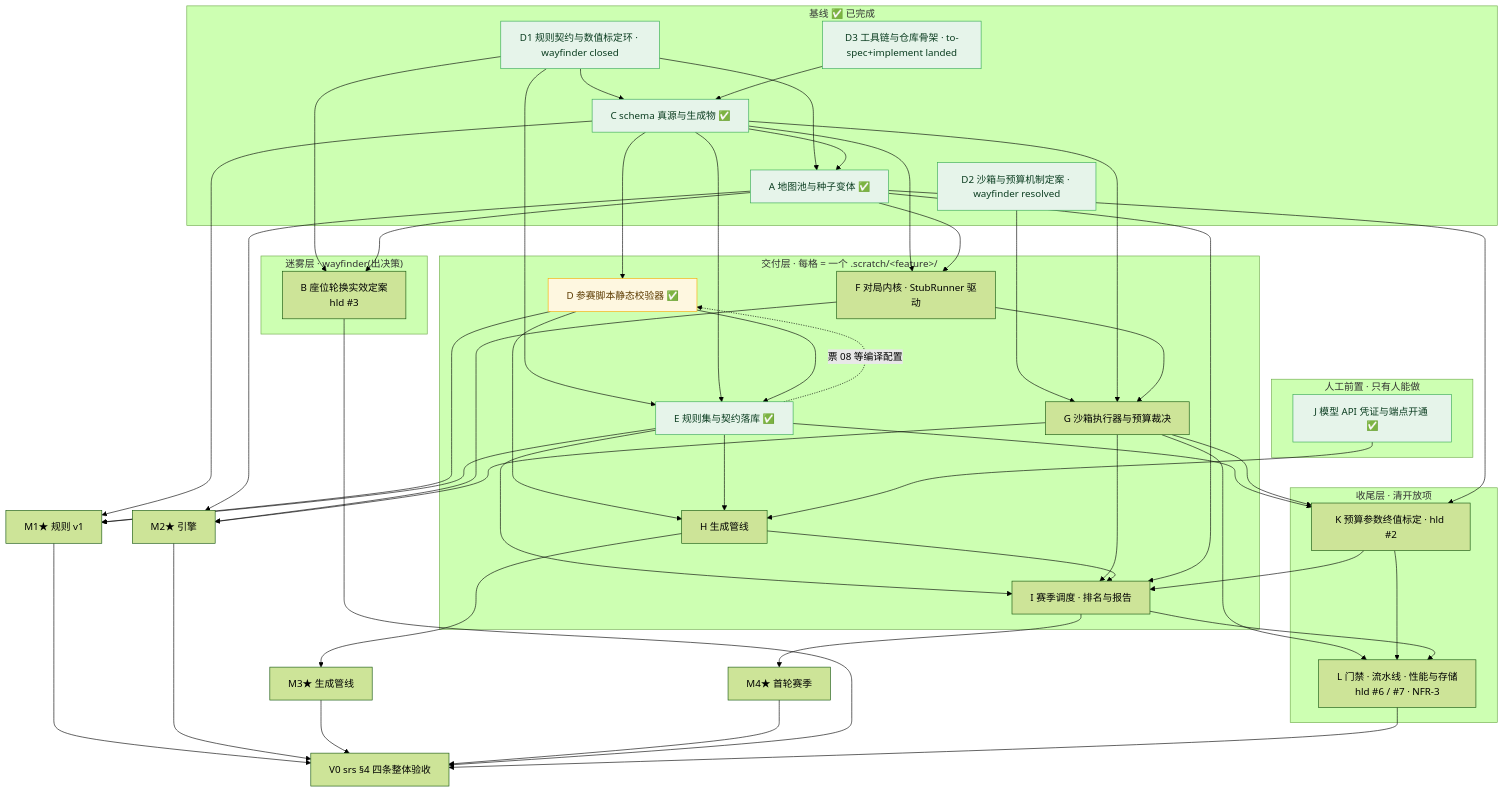
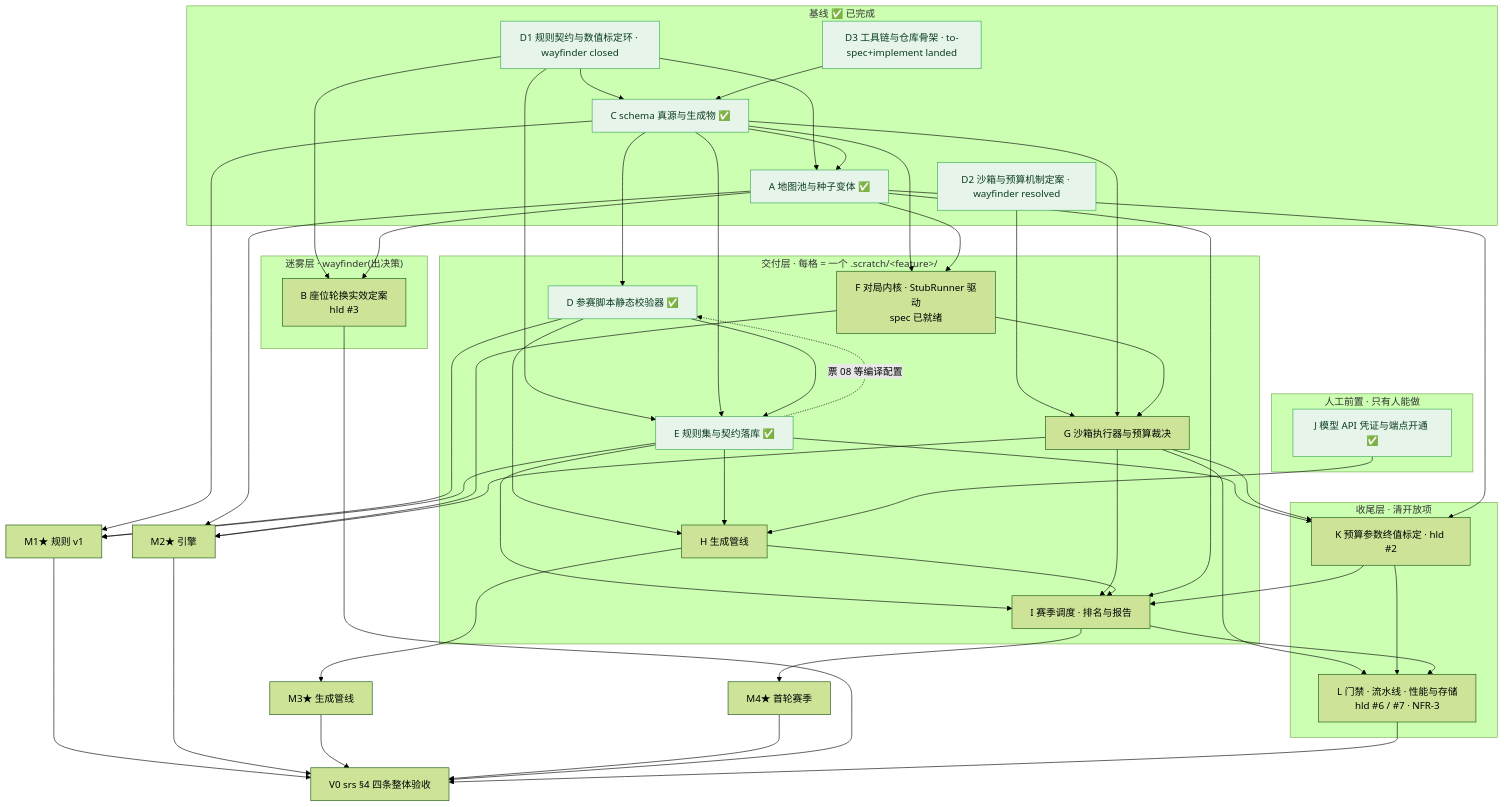
One commit to orionpax1997/model-war changed the diagram in docs/diagrams/v0-milestone-dag.md. Above: the diagram before and after it, drawn with Mermaid (forest theme). The commit also changed other lines of this file and 16 other files, not shown here.

````diff
--- a/docs/diagrams/v0-milestone-dag.md
+++ b/docs/diagrams/v0-milestone-dag.md
@@ -67,7 +67,7 @@
   subgraph build["交付层 · 每格 = 一个 .scratch/&lt;feature&gt;/"]
     D["D 参赛脚本静态校验器 ✅"]
     E["E 规则集与契约落库 ✅"]
-    F["F 对局内核 · StubRunner 驱动"]
+    F["F 对局内核 · StubRunner 驱动<br/>spec 已就绪"]
     G["G 沙箱执行器与预算裁决"]
     H["H 生成管线"]
     I["I 赛季调度 · 排名与报告"]
@@ -131,7 +131,5 @@
   L --> V0
 
   classDef done fill:#e6f4ea,stroke:#34a853,color:#0b3d20
-  classDef doing fill:#fef7e0,stroke:#f9ab00,color:#5c3b00
-  class D1,D2,D3,C,A,J,E done
-  class D doing
+  class D1,D2,D3,C,A,D,E,J done
 ```
````
